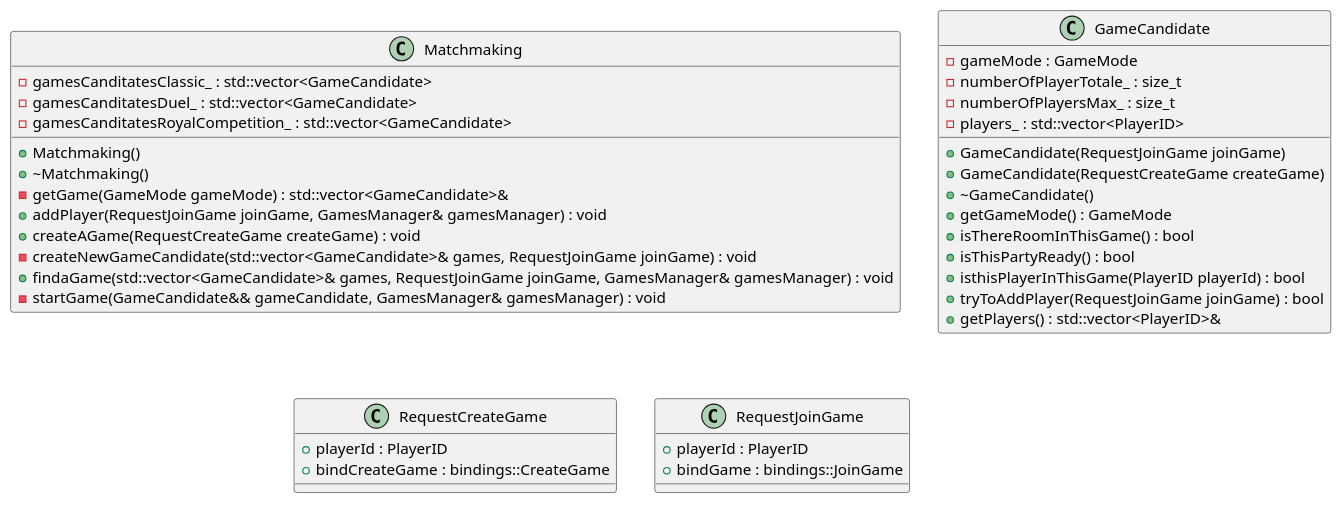
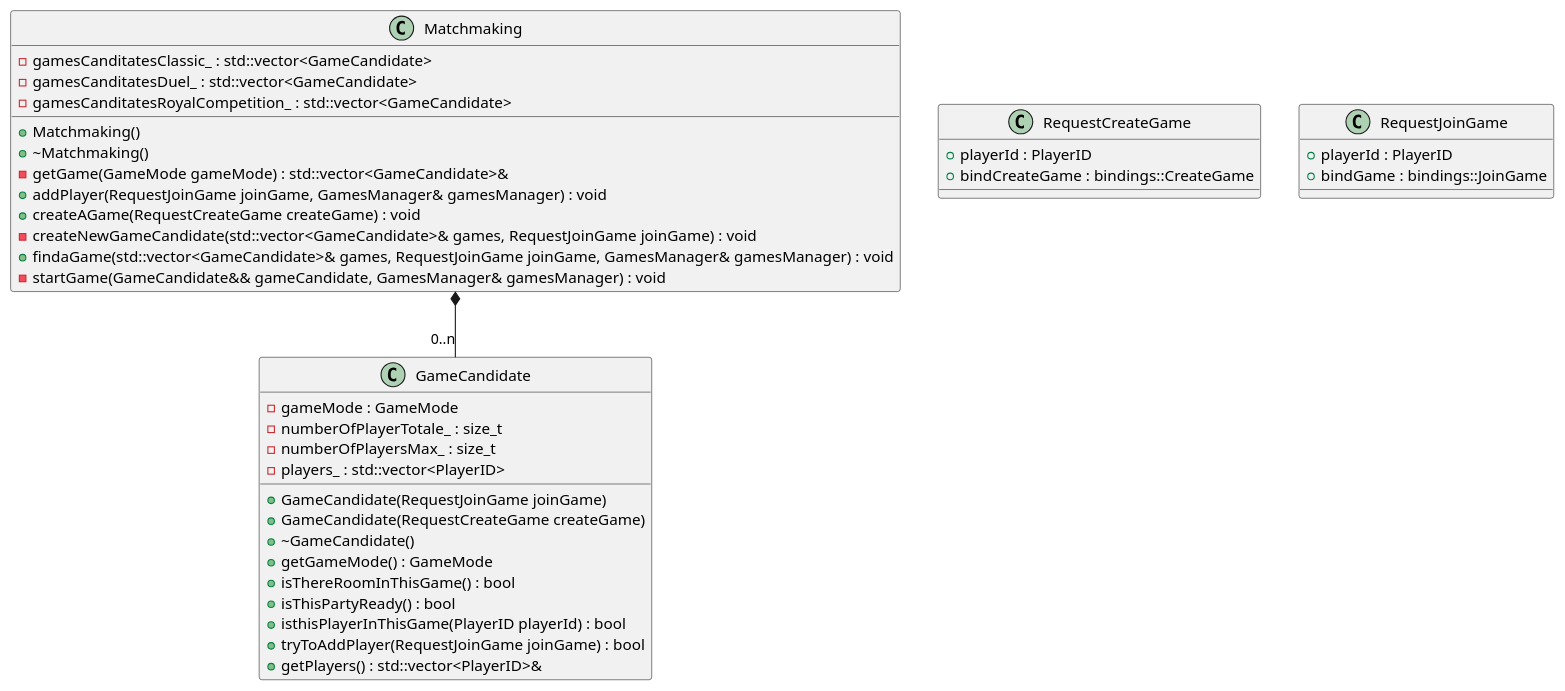
One commit to ulb-info2-group5/Royal-Blocks changed the diagram in doc/uml/class/server/MatchMakingClass.plantuml. Above: the diagram before and after it, drawn with PlantUML. The commit also changed 4 other files, not shown here.

```diff
--- a/doc/uml/class/server/MatchMakingClass.plantuml
+++ b/doc/uml/class/server/MatchMakingClass.plantuml
@@ -1,45 +1,47 @@
 @startuml MatchMakingClass
 
 skinparam linetype ortho
 
 class Matchmaking {
 	+Matchmaking()
 	+~Matchmaking()
 	-gamesCanditatesClassic_ : std::vector<GameCandidate>
 	-gamesCanditatesDuel_ : std::vector<GameCandidate>
 	-gamesCanditatesRoyalCompetition_ : std::vector<GameCandidate>
 	-getGame(GameMode gameMode) : std::vector<GameCandidate>&
 	+addPlayer(RequestJoinGame joinGame, GamesManager& gamesManager) : void
 	+createAGame(RequestCreateGame createGame) : void
 	-createNewGameCandidate(std::vector<GameCandidate>& games, RequestJoinGame joinGame) : void
 	+findaGame(std::vector<GameCandidate>& games, RequestJoinGame joinGame, GamesManager& gamesManager) : void
 	-startGame(GameCandidate&& gameCandidate, GamesManager& gamesManager) : void
 }
 
 class GameCandidate {
 	+GameCandidate(RequestJoinGame joinGame)
 	+GameCandidate(RequestCreateGame createGame)
 	+~GameCandidate()
 	-gameMode : GameMode
 	+getGameMode() : GameMode
 	+isThereRoomInThisGame() : bool
 	+isThisPartyReady() : bool
 	+isthisPlayerInThisGame(PlayerID playerId) : bool
 	+tryToAddPlayer(RequestJoinGame joinGame) : bool
 	-numberOfPlayerTotale_ : size_t
 	-numberOfPlayersMax_ : size_t
 	-players_ : std::vector<PlayerID>
 	+getPlayers() : std::vector<PlayerID>&
 }
 
 class RequestCreateGame {
 	+playerId : PlayerID
 	+bindCreateGame : bindings::CreateGame
 }
 
 
 class RequestJoinGame {
 	+playerId : PlayerID
 	+bindGame : bindings::JoinGame
 }
+
+Matchmaking *-- "0..n" GameCandidate
 @enduml
```
